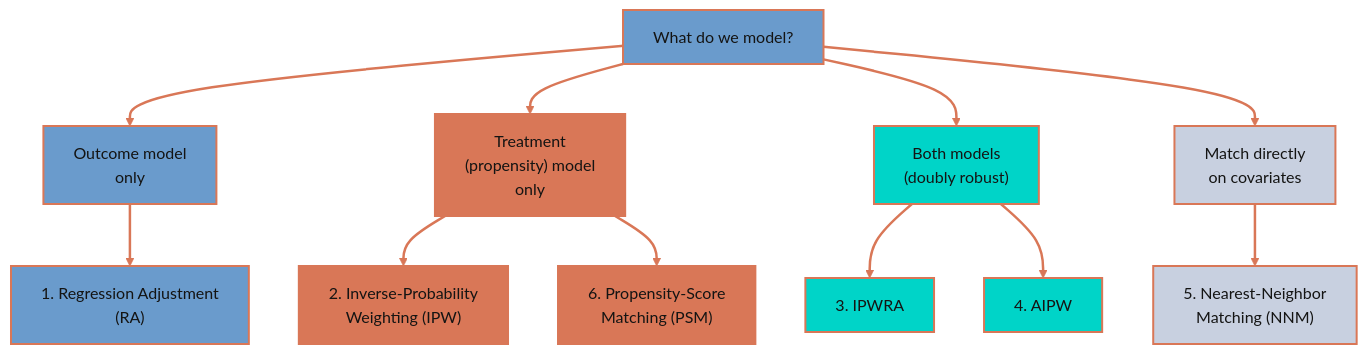
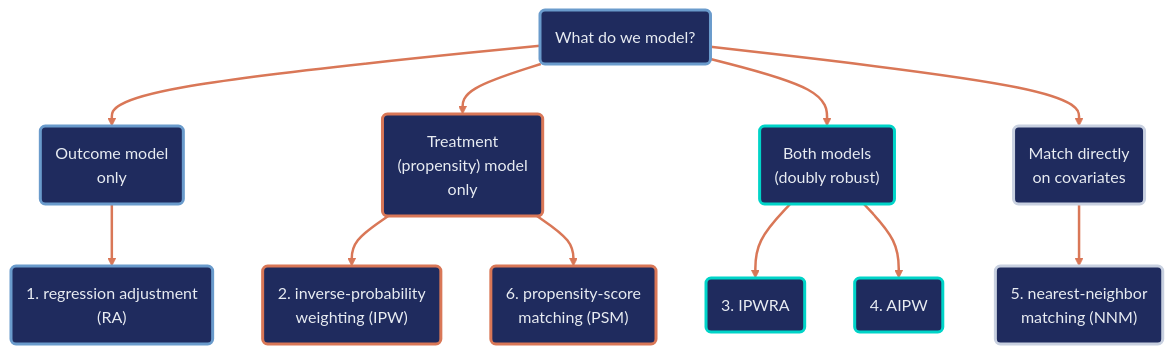
The third of 4 diagrams in content/post/stata_matching/index.md (cmg777/starter-academic-v501), drawn with Mermaid (base theme) before and after one commit. The commit also changed other lines of this file and 13 other files, not shown here.

First line of the commit message:
content(mermaid): restyle flowcharts in Stata posts, batch 1 of 2

````diff
--- a/content/post/stata_matching/index.md
+++ b/content/post/stata_matching/index.md
@@ -406,28 +414,25 @@
 ```mermaid
 flowchart TD
-    Start["What do we model?"]
-    Start --> Outcome["Outcome model<br/>only"]
-    Start --> Treatment["Treatment<br/>(propensity) model<br/>only"]
-    Start --> Both["Both models<br/>(doubly robust)"]
-    Start --> Direct["Match directly<br/>on covariates"]
+    Start("What do we model?")
+    Start --> Outcome("Outcome model<br/>only")
+    Start --> Treatment("Treatment<br/>(propensity) model<br/>only")
+    Start --> Both("Both models<br/>(doubly robust)")
+    Start --> Direct("Match directly<br/>on covariates")
 
-    Outcome --> RA["1. Regression Adjustment<br/>(RA)"]
-    Treatment --> IPW["2. Inverse-Probability<br/>Weighting (IPW)"]
-    Treatment --> PSM["6. Propensity-Score<br/>Matching (PSM)"]
-    Both --> IPWRA["3. IPWRA"]
-    Both --> AIPW["4. AIPW"]
-    Direct --> NNM["5. Nearest-Neighbor<br/>Matching (NNM)"]
+    Outcome --> RA("1. regression adjustment<br/>(RA)")
+    Treatment --> IPW("2. inverse-probability<br/>weighting (IPW)")
+    Treatment --> PSM("6. propensity-score<br/>matching (PSM)")
+    Both --> IPWRA("3. IPWRA")
+    Both --> AIPW("4. AIPW")
+    Direct --> NNM("5. nearest-neighbor<br/>matching (NNM)")
 
-    style Start fill:#6a9bcc,stroke:#d97757,stroke-width:2px,color:#141413
-    style Outcome fill:#6a9bcc,stroke:#d97757,stroke-width:2px,color:#141413
-    style Treatment fill:#d97757,stroke:#d97757,stroke-width:2px,color:#141413
-    style Both fill:#00d4c8,stroke:#d97757,stroke-width:2px,color:#141413
-    style Direct fill:#c8d0e0,stroke:#d97757,stroke-width:2px,color:#141413
-    style RA fill:#6a9bcc,stroke:#d97757,stroke-width:2px,color:#141413
-    style IPW fill:#d97757,stroke:#d97757,stroke-width:2px,color:#141413
-    style PSM fill:#d97757,stroke:#d97757,stroke-width:2px,color:#141413
-    style IPWRA fill:#00d4c8,stroke:#d97757,stroke-width:2px,color:#141413
-    style AIPW fill:#00d4c8,stroke:#d97757,stroke-width:2px,color:#141413
-    style NNM fill:#c8d0e0,stroke:#d97757,stroke-width:2px,color:#141413
     linkStyle 0,1,2,3,4,5,6,7,8,9 stroke:#d97757,stroke-width:2.5px
+    classDef blue fill:#1f2b5e,stroke:#6a9bcc,stroke-width:3px,color:#e8ecf2
+    classDef orange fill:#1f2b5e,stroke:#d97757,stroke-width:3px,color:#e8ecf2
+    classDef teal fill:#1f2b5e,stroke:#00d4c8,stroke-width:3px,color:#e8ecf2
+    classDef gray fill:#1f2b5e,stroke:#c8d0e0,stroke-width:3px,color:#e8ecf2
+    class Start,Outcome,RA blue
+    class Treatment,IPW,PSM orange
+    class Both,IPWRA,AIPW teal
+    class Direct,NNM gray
 ```
````
